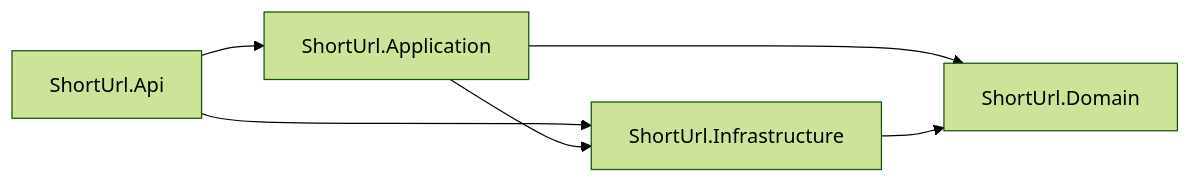
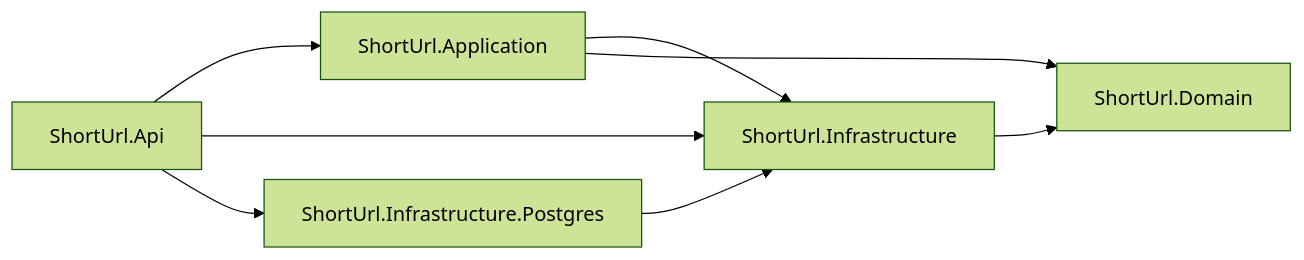
The diagram in README.md (DaviVasconcelos/short-url-api), drawn with Mermaid (forest theme) before and after one commit. The commit also changed other lines of this file and 16 other files, not shown here.

````diff
--- a/README.md
+++ b/README.md
@@ -133,8 +135,10 @@
 ```mermaid
 graph LR
   Api[ShortUrl.Api] --> Application[ShortUrl.Application]
   Api --> Infrastructure[ShortUrl.Infrastructure]
+  Api --> Postgres[ShortUrl.Infrastructure.Postgres]
+  Postgres --> Infrastructure
   Application --> Infrastructure
   Application --> Domain[ShortUrl.Domain]
   Infrastructure --> Domain
 ```
````
